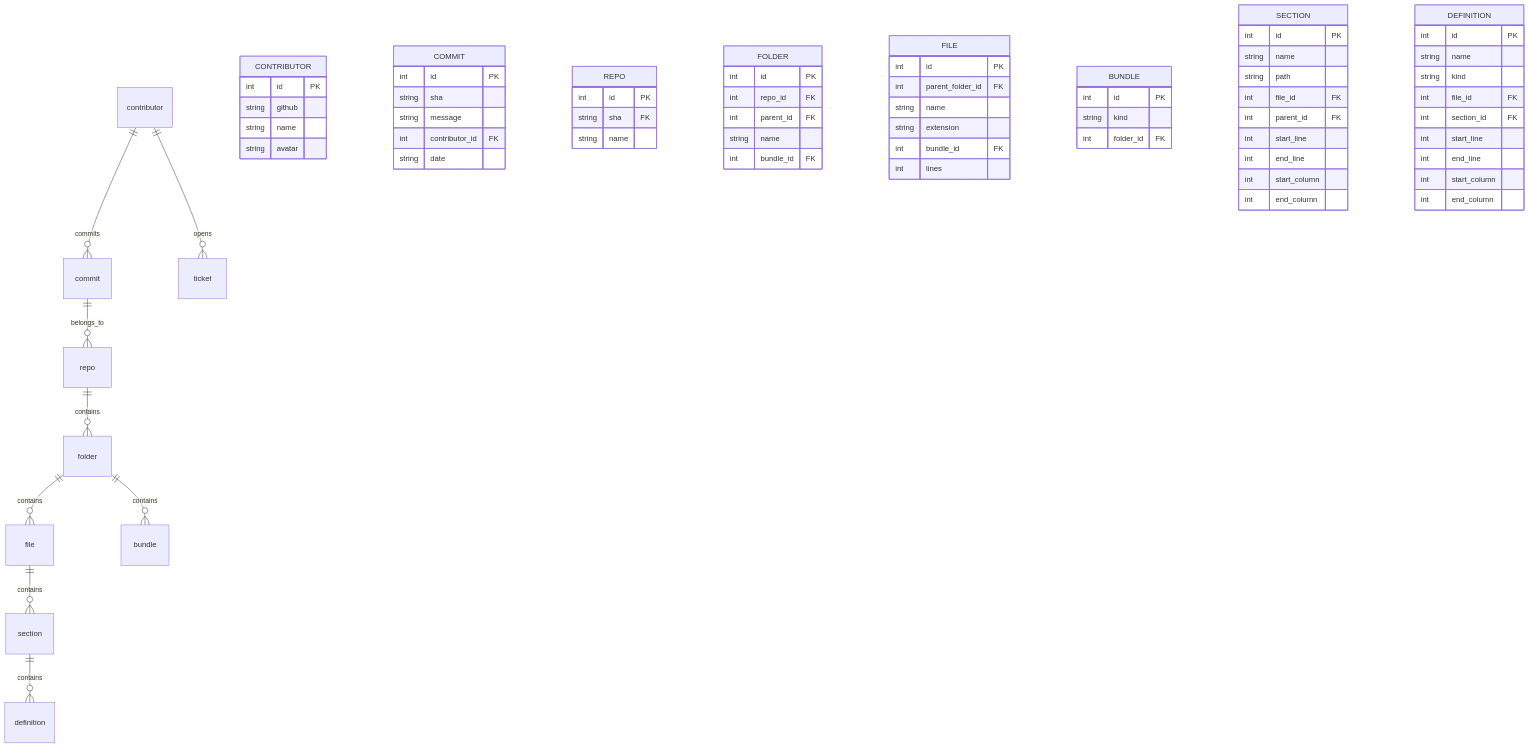
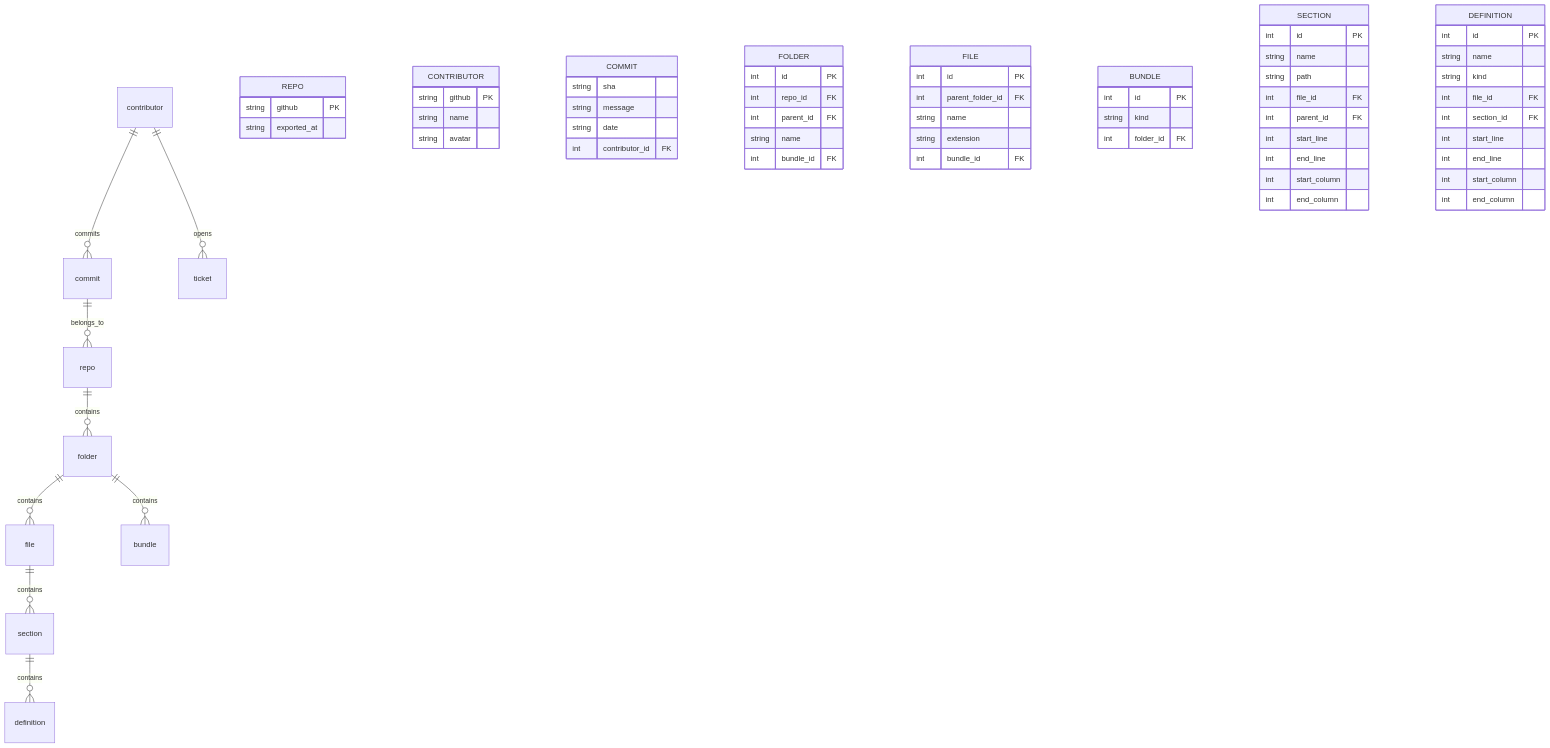
One commit to usalu/semio changed the diagram in semio-repo/sqlite/README.md. Above: the diagram before and after it, drawn with Mermaid. The commit also changed 18 other files, not shown here.

````diff
--- a/semio-repo/sqlite/README.md
+++ b/semio-repo/sqlite/README.md
@@ -13,71 +13,67 @@
 ```mermaid
 erDiagram
     contributor ||--o{ commit : commits
     contributor ||--o{ ticket : opens
     commit ||--o{ repo : belongs_to
     repo ||--o{ folder : contains
     folder ||--o{ file : contains
     folder ||--o{ bundle : contains
     file ||--o{ section : contains
     section ||--o{ definition : contains
+    REPO {
+        string github PK
+        string exported_at
+    }
     CONTRIBUTOR {
-        int id PK
-        string github
+        string github PK
         string name
         string avatar
     }
     COMMIT {
-        int id PK
         string sha
         string message
+        string date
         int contributor_id FK
-        string date
-    }
-    REPO {
-        int id PK
-        string sha FK
-        string name
     }
     FOLDER {
         int id PK
         int repo_id FK
         int parent_id FK
         string name
         int bundle_id FK
     }
     FILE {
         int id PK
         int parent_folder_id FK
         string name
         string extension
         int bundle_id FK
-        int lines
     }
     BUNDLE {
         int id PK
         string kind
         int folder_id FK
     }
     SECTION {
         int id PK
         string name
         string path
         int file_id FK
         int parent_id FK
         int start_line
         int end_line
         int start_column
         int end_column
     }
     DEFINITION {
         int id PK
         string name
         string kind
         int file_id FK
         int section_id FK
         int start_line
         int end_line
         int start_column
         int end_column
     }
 ```
````
